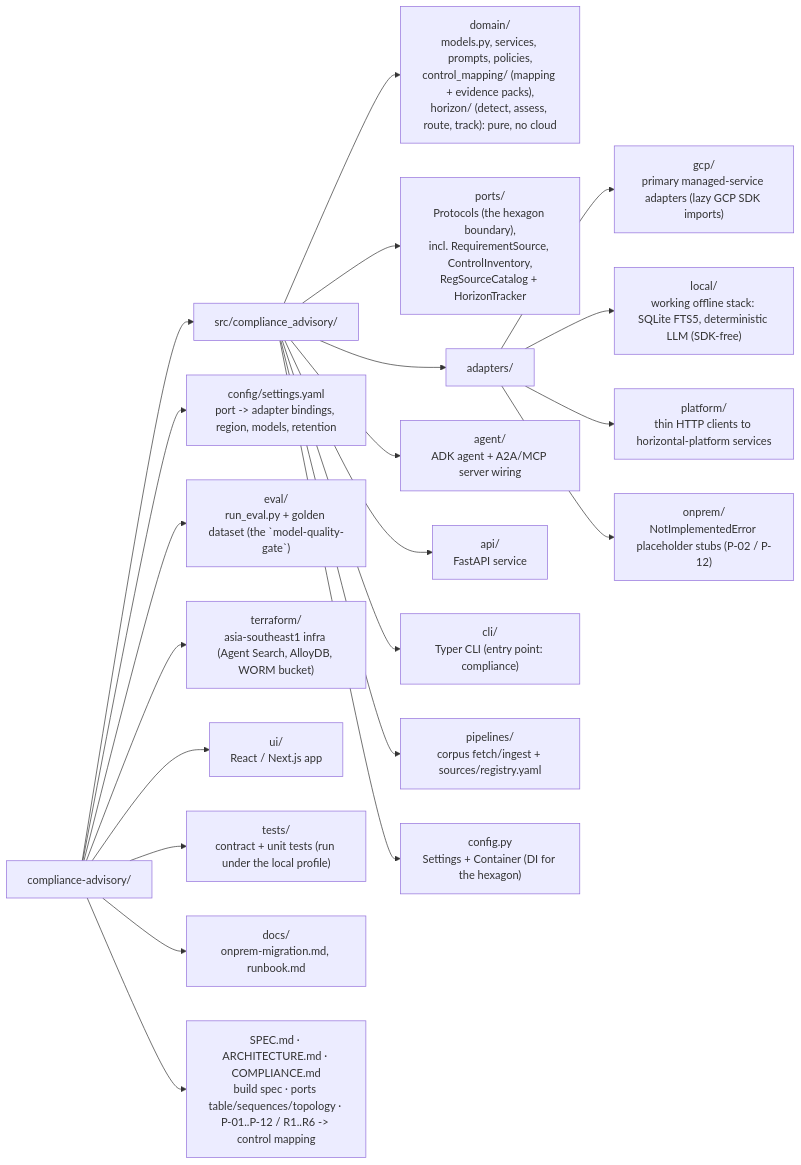
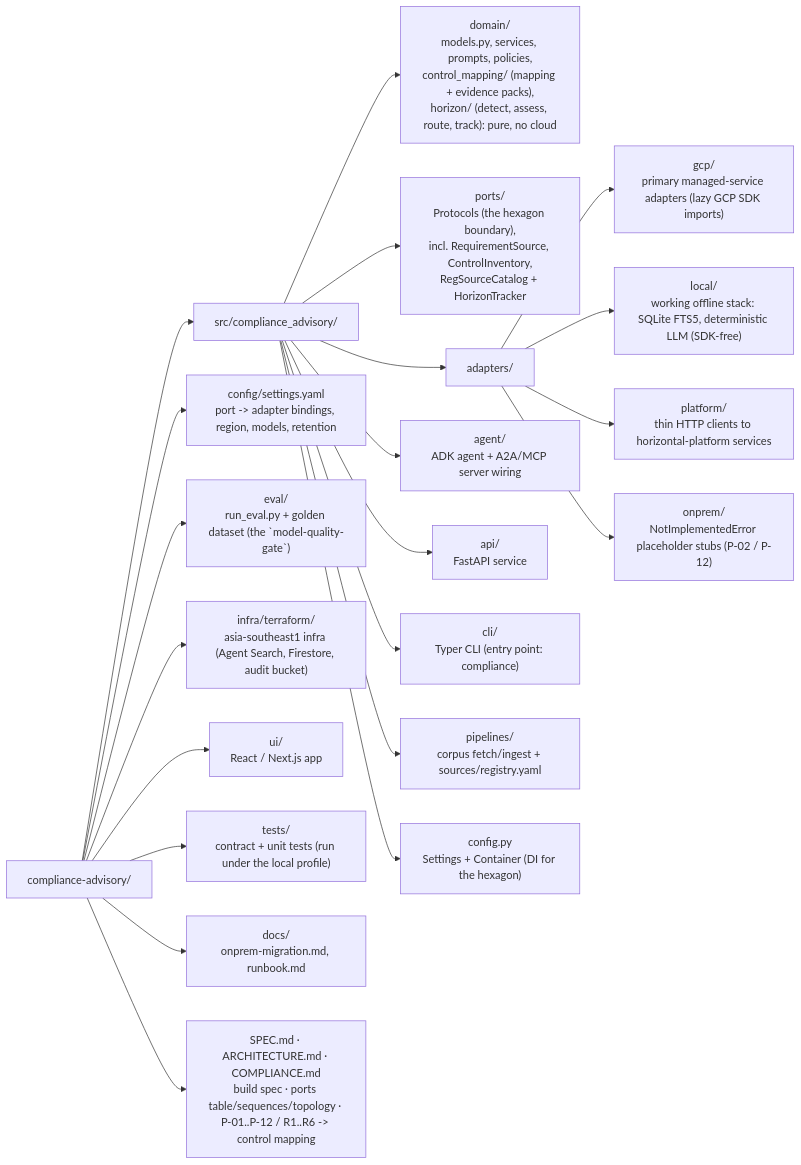
One commit to portable-genai/compliance-advisory changed the third of 3 diagrams in README.md. Above: the diagram before and after it, drawn with Mermaid. The commit also changed other lines of this file and 56 other files, not shown here.

````diff
--- a/README.md
+++ b/README.md
@@ -465,45 +464,45 @@
 ```mermaid
 flowchart LR
     root["compliance-advisory/"]
     src["src/compliance_advisory/"]
     domain["domain/<br/>models.py, services, prompts, policies,<br/>control_mapping/ (mapping + evidence packs),<br/>horizon/ (detect, assess, route, track): pure, no cloud"]
     ports["ports/<br/>Protocols (the hexagon boundary),<br/>incl. RequirementSource, ControlInventory,<br/>RegSourceCatalog + HorizonTracker"]
     adapters["adapters/"]
     gcp["gcp/<br/>primary managed-service adapters (lazy GCP SDK imports)"]
     local["local/<br/>working offline stack: SQLite FTS5, deterministic LLM (SDK-free)"]
     platform["platform/<br/>thin HTTP clients to horizontal-platform services"]
     onprem["onprem/<br/>NotImplementedError placeholder stubs (P-02 / P-12)"]
     agent["agent/<br/>ADK agent + A2A/MCP server wiring"]
     api["api/<br/>FastAPI service"]
     cli["cli/<br/>Typer CLI (entry point: compliance)"]
     pipelines["pipelines/<br/>corpus fetch/ingest + sources/registry.yaml"]
     srcconfig["config.py<br/>Settings + Container (DI for the hexagon)"]
     config["config/settings.yaml<br/>port -> adapter bindings, region, models, retention"]
     eval["eval/<br/>run_eval.py + golden dataset (the `model-quality-gate`)"]
-    terraform["terraform/<br/>asia-southeast1 infra (Agent Search, AlloyDB, WORM bucket)"]
+    terraform["infra/terraform/<br/>asia-southeast1 infra (Agent Search, Firestore, audit bucket)"]
     ui["ui/<br/>React / Next.js app"]
     tests["tests/<br/>contract + unit tests (run under the local profile)"]
     docs["docs/<br/>onprem-migration.md, runbook.md"]
     topdocs["SPEC.md · ARCHITECTURE.md · COMPLIANCE.md<br/>build spec · ports table/sequences/topology · P-01..P-12 / R1..R6 -> control mapping"]
 
     root --> src
     src --> domain
     src --> ports
     src --> adapters
     adapters --> gcp
     adapters --> local
     adapters --> platform
     adapters --> onprem
     src --> agent
     src --> api
     src --> cli
     src --> pipelines
     src --> srcconfig
     root --> config
     root --> eval
     root --> terraform
     root --> ui
     root --> tests
     root --> docs
     root --> topdocs
 ```
````
